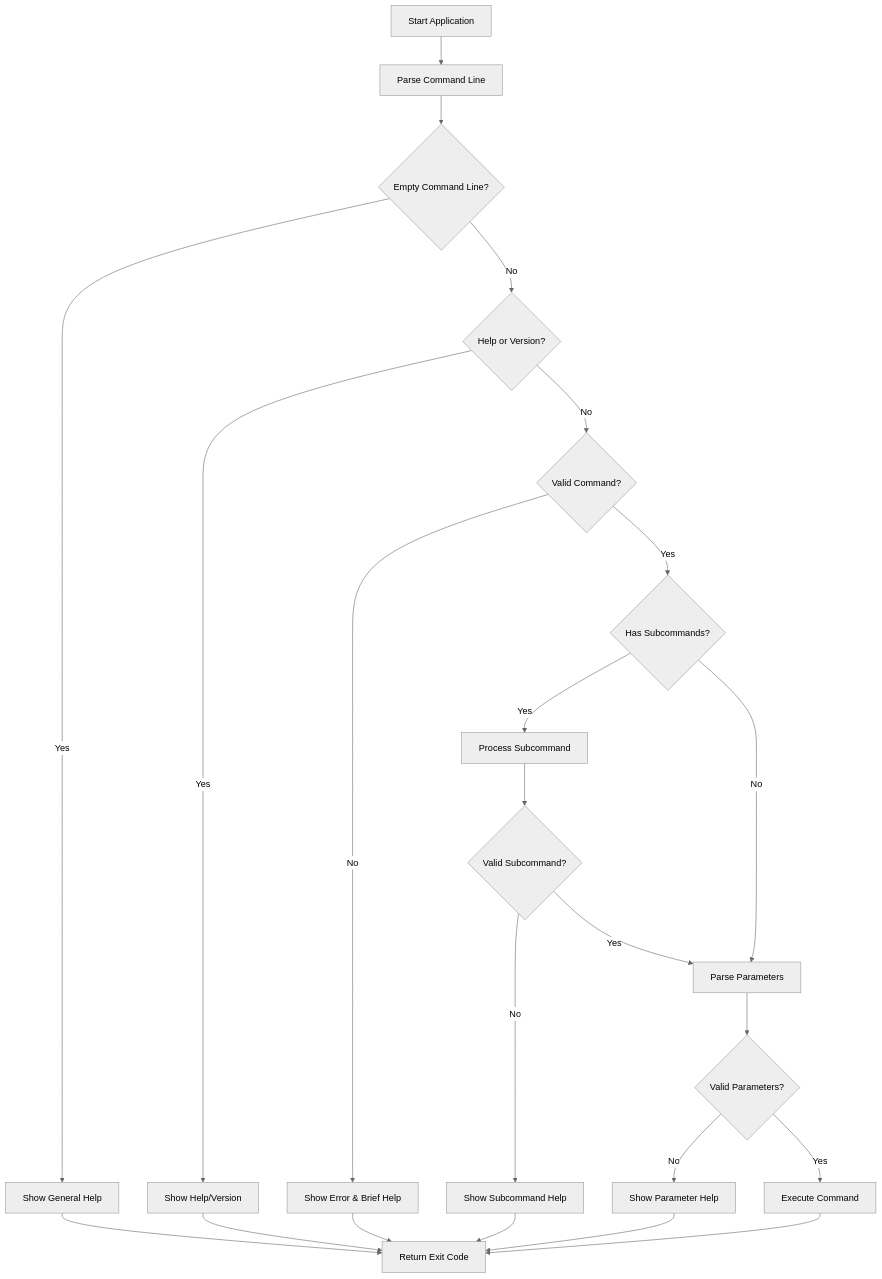
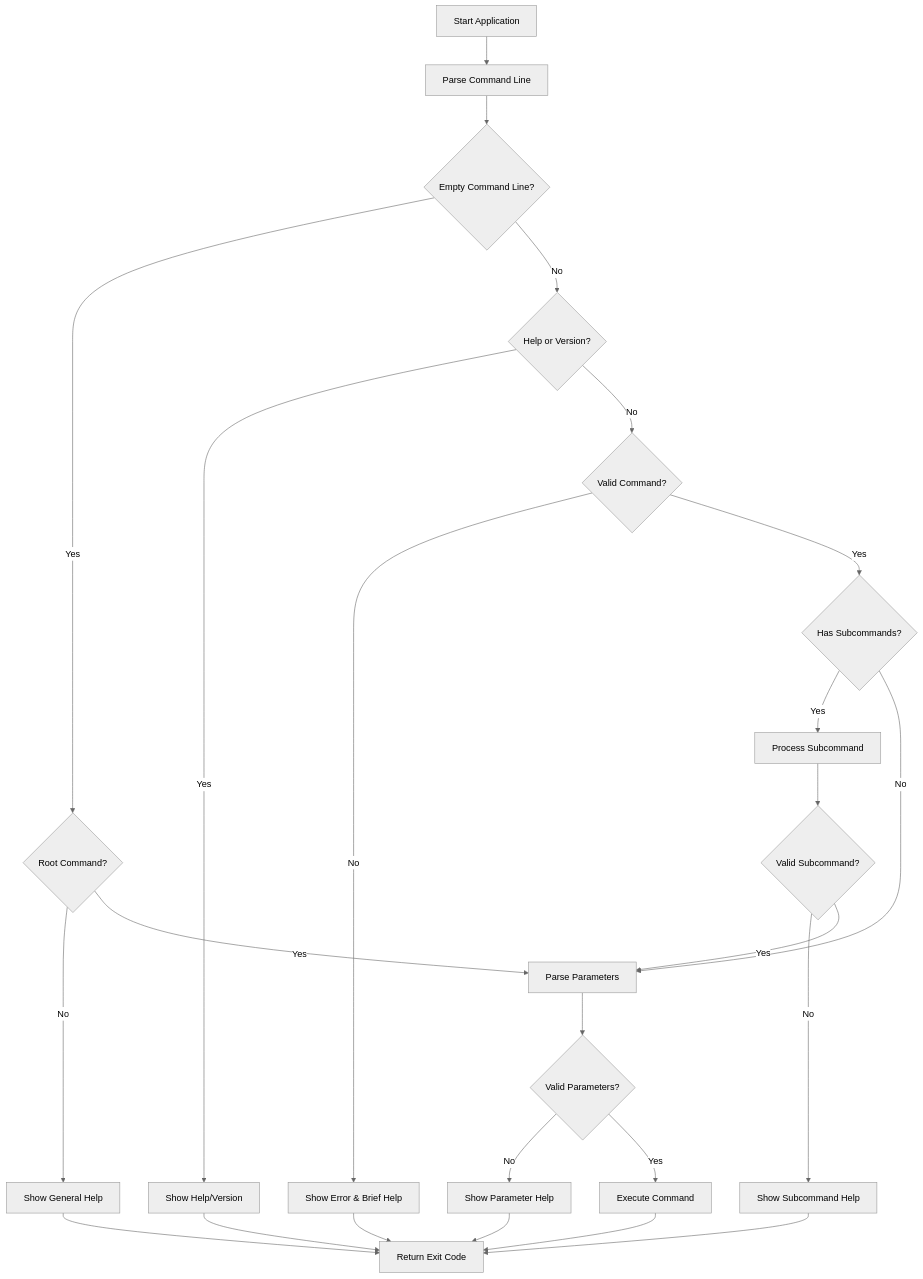
Before and after one commit to ikelaiah/cli-fp: the first of 2 diagrams in docs/user-manual.md, drawn with Mermaid (neutral theme). The commit also changed other lines of this file and 32 other files, not shown here.

First line of the commit message:
feat(repo): add root command support for v1.3.0

````diff
--- a/docs/user-manual.md
+++ b/docs/user-manual.md
@@ -216,25 +217,27 @@
 ```mermaid
 flowchart TD
     A[Start Application] --> B[Parse Command Line]
     B --> C{Empty Command Line?}
-    C -->|Yes| D[Show General Help]
+    C -->|Yes| D{Root Command?}
+    D -->|No| R[Show General Help]
+    D -->|Yes| M
     C -->|No| E{Help or Version?}
     E -->|Yes| F[Show Help/Version]
     E -->|No| G{Valid Command?}
     G -->|No| H[Show Error & Brief Help]
     G -->|Yes| I{Has Subcommands?}
     I -->|Yes| J[Process Subcommand]
     J --> K{Valid Subcommand?}
     K -->|No| L[Show Subcommand Help]
     K -->|Yes| M[Parse Parameters]
     I -->|No| M
     M --> N{Valid Parameters?}
     N -->|No| O[Show Parameter Help]
     N -->|Yes| P[Execute Command]
     P --> Q[Return Exit Code]
-    D --> Q
+    R --> Q
     F --> Q
     H --> Q
     L --> Q
     O --> Q
 ```
````
